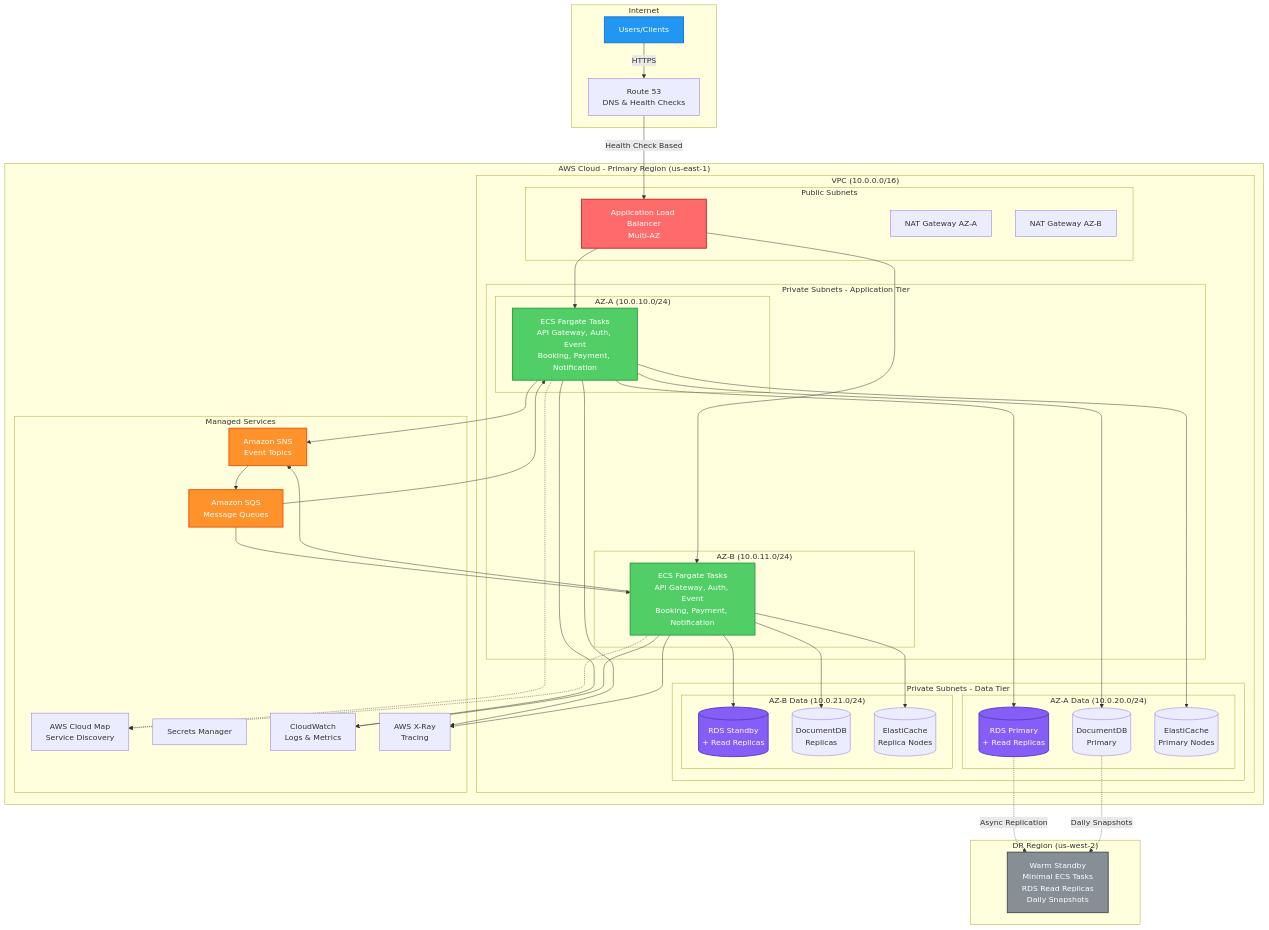
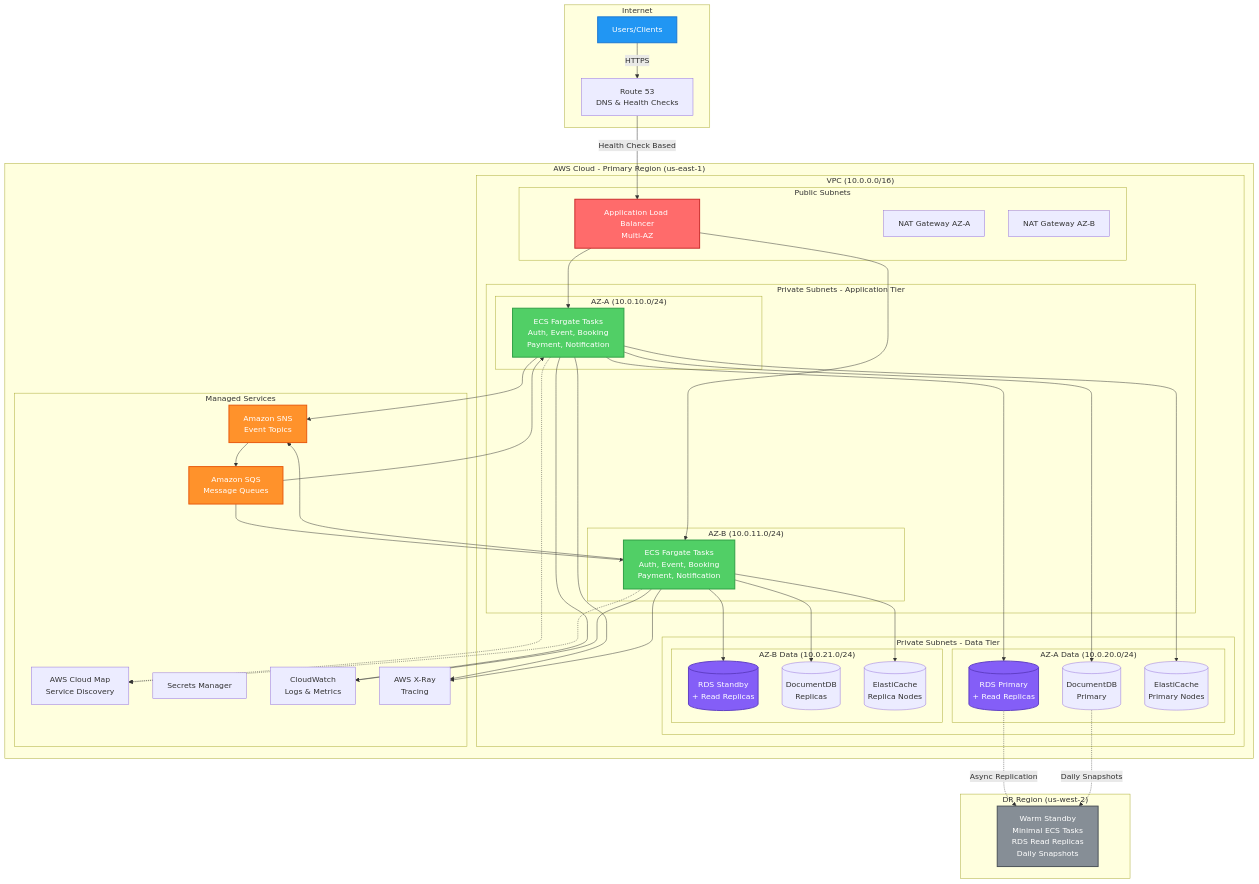
Before and after one commit to AmaliTech-Training-Academy/gep-backend: the first of 6 diagrams in docs/architecture/AWS_INFRASTRUCTURE_ARCHITECTURE-PROD.md, drawn with Mermaid. The commit also changed other lines of this file, not shown here.

Commit message:
Updated architecture docs for prod

```diff
--- a/docs/architecture/AWS_INFRASTRUCTURE_ARCHITECTURE-PROD.md
+++ b/docs/architecture/AWS_INFRASTRUCTURE_ARCHITECTURE-PROD.md
@@ -1166,11 +1172,11 @@
 
             subgraph "Private Subnets - Application Tier"
                 subgraph "AZ-A (10.0.10.0/24)"
-                    ECS1[ECS Fargate Tasks<br/>API Gateway, Auth, Event<br/>Booking, Payment, Notification]
+                    ECS1[ECS Fargate Tasks<br/>Auth, Event, Booking<br/>Payment, Notification]
                 end
                 
                 subgraph "AZ-B (10.0.11.0/24)"
-                    ECS2[ECS Fargate Tasks<br/>API Gateway, Auth, Event<br/>Booking, Payment, Notification]
+                    ECS2[ECS Fargate Tasks<br/>Auth, Event, Booking<br/>Payment, Notification]
                 end
             end
 
```
